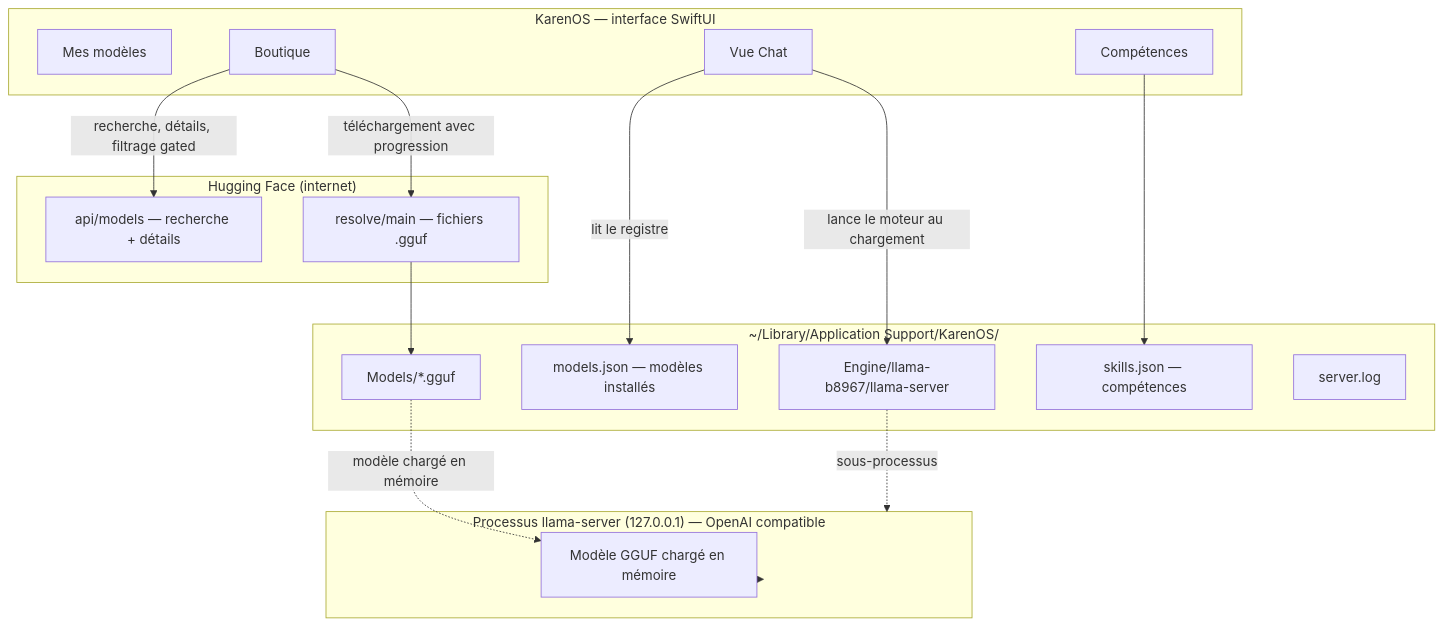
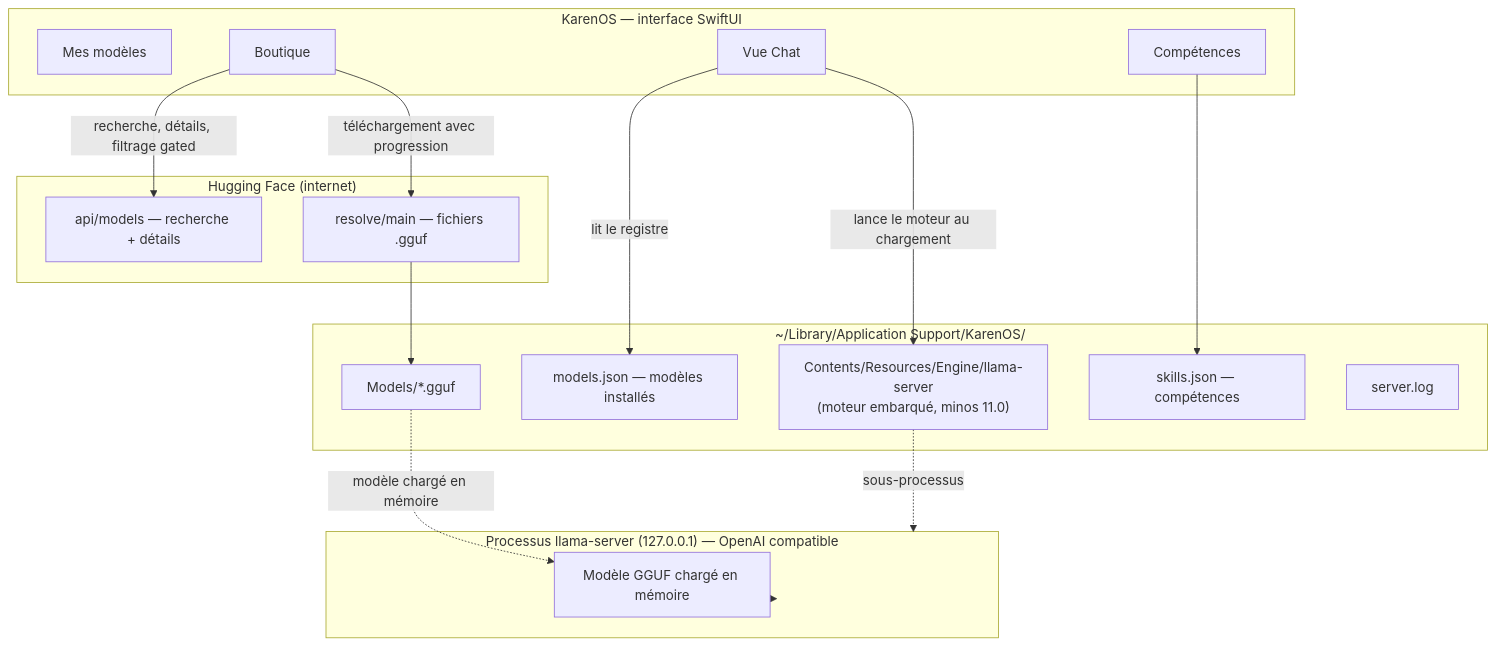
One commit to martialzinsou/KarenOs changed the first of 6 diagrams in docs/DOCUMENTATION.md. Above: the diagram before and after it, drawn with Mermaid. The commit also changed other lines of this file and 6 other files, not shown here.

````diff
--- a/docs/DOCUMENTATION.md
+++ b/docs/DOCUMENTATION.md
@@ -83,36 +83,36 @@
 ```mermaid
 flowchart TB
     subgraph UI["KarenOS — interface SwiftUI"]
         Library["Mes modèles"]
         Store["Boutique"]
         Skills["Compétences"]
         Chat["Vue Chat"]
     end
 
     subgraph HF["Hugging Face (internet)"]
         API["api/models — recherche + détails"]
         CDN["resolve/main — fichiers .gguf"]
     end
 
     subgraph Disk["~/Library/Application Support/KarenOS/"]
         ModelsDir["Models/*.gguf"]
         Registry["models.json — modèles installés"]
-        EngineDir["Engine/llama-b8967/llama-server"]
+        EngineDir["Contents/Resources/Engine/llama-server<br/>(moteur embarqué, minos 11.0)"]
         SkillsFile["skills.json — compétences"]
         ServerLog["server.log"]
     end
 
     subgraph Engine["Processus llama-server (127.0.0.1) — OpenAI compatible"]
         LLM["Modèle GGUF chargé en mémoire"]
     end
 
     Store -->|"recherche, détails, filtrage gated"| API
     Store -->|"téléchargement avec progression"| CDN
     CDN --> ModelsDir
     Skills --> SkillsFile
     Chat -->|"lit le registre"| Registry
     Chat -->|"lance le moteur au chargement"| EngineDir
     EngineDir -.->|"sous-processus"| Engine
     Engine --> LLM
     ModelsDir -.->|"modèle chargé en mémoire"| LLM
 ```
````
